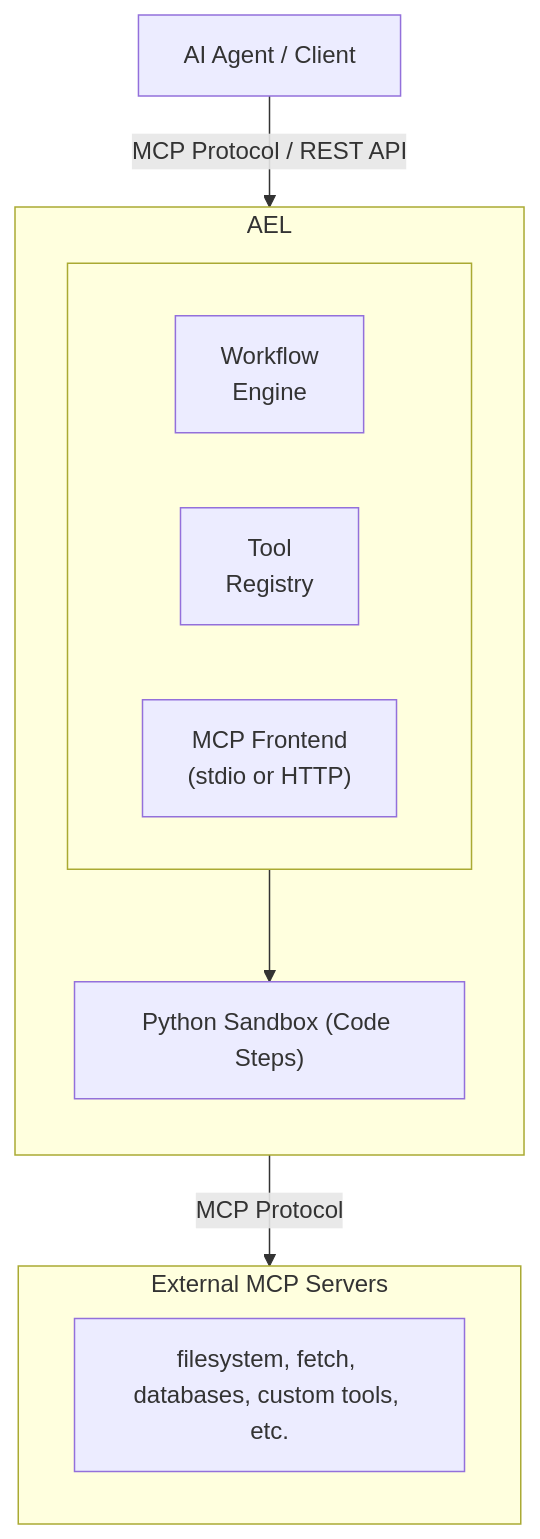
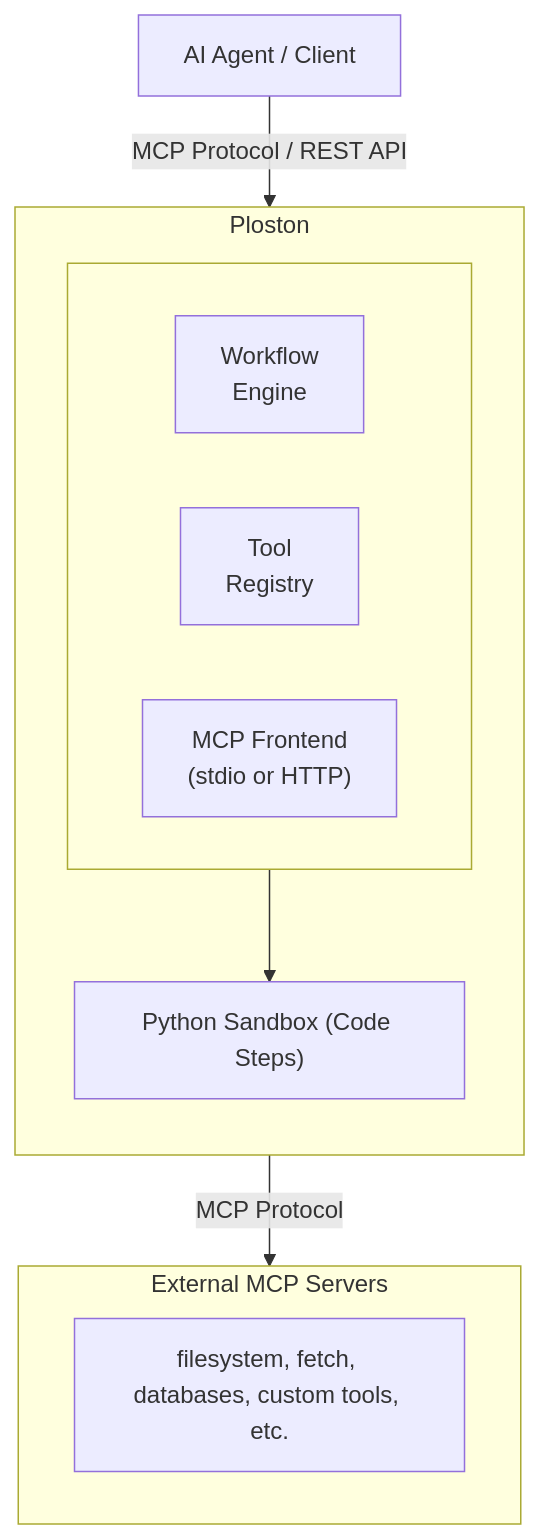
One commit to ostanlabs/ael_documentation changed the third of 3 diagrams in docs/index.md. Above: the diagram before and after it, drawn with Mermaid. The commit also changed other lines of this file and 23 other files, not shown here.

First line of the commit message:
rebrand: AEL → Ploston

````diff
--- a/docs/index.md
+++ b/docs/index.md
@@ -129,24 +129,24 @@
 ```mermaid
 flowchart TB
     Agent["AI Agent / Client"]
 
-    Agent -->|"MCP Protocol / REST API"| AEL
+    Agent -->|"MCP Protocol / REST API"| Ploston
 
-    subgraph AEL["AEL"]
+    subgraph Ploston["Ploston"]
         direction TB
         subgraph Components[" "]
             direction LR
             WE["Workflow<br/>Engine"]
             TR["Tool<br/>Registry"]
             MF["MCP Frontend<br/>(stdio or HTTP)"]
         end
         Sandbox["Python Sandbox (Code Steps)"]
         Components --> Sandbox
     end
 
-    AEL -->|"MCP Protocol"| External
+    Ploston -->|"MCP Protocol"| External
 
     subgraph External["External MCP Servers"]
         Tools["filesystem, fetch, databases, custom tools, etc."]
     end
 ```
````
